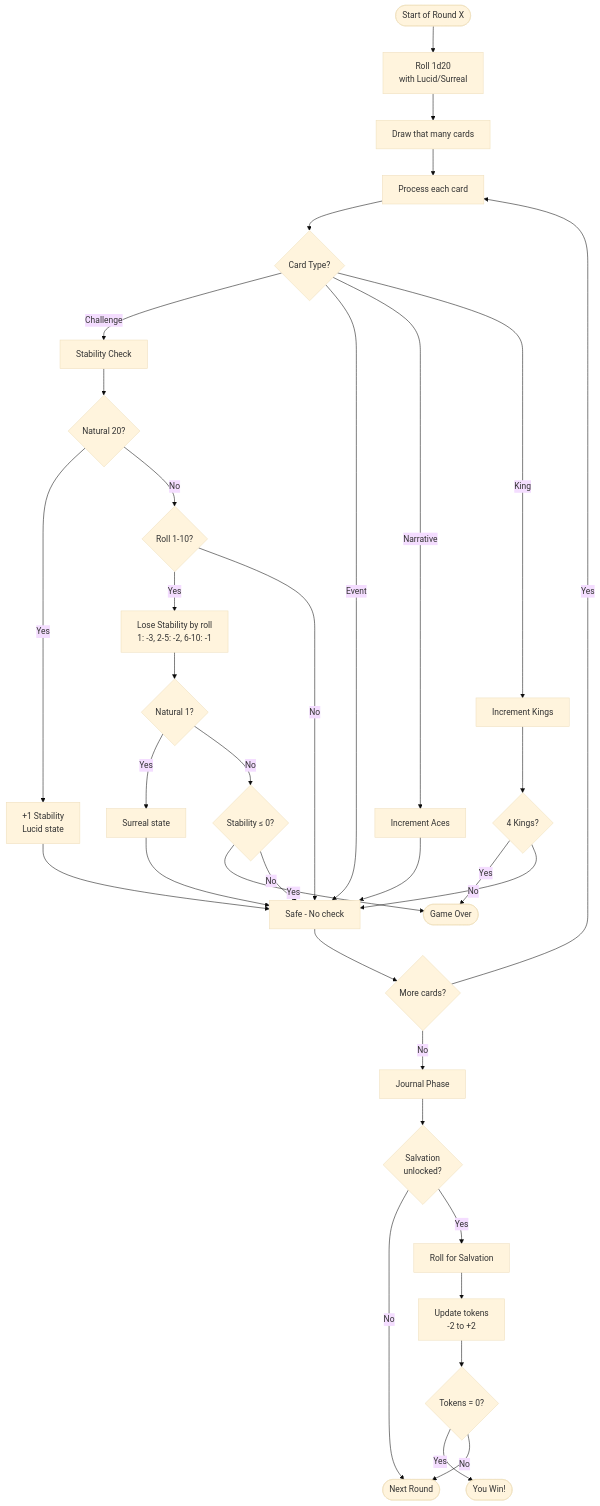
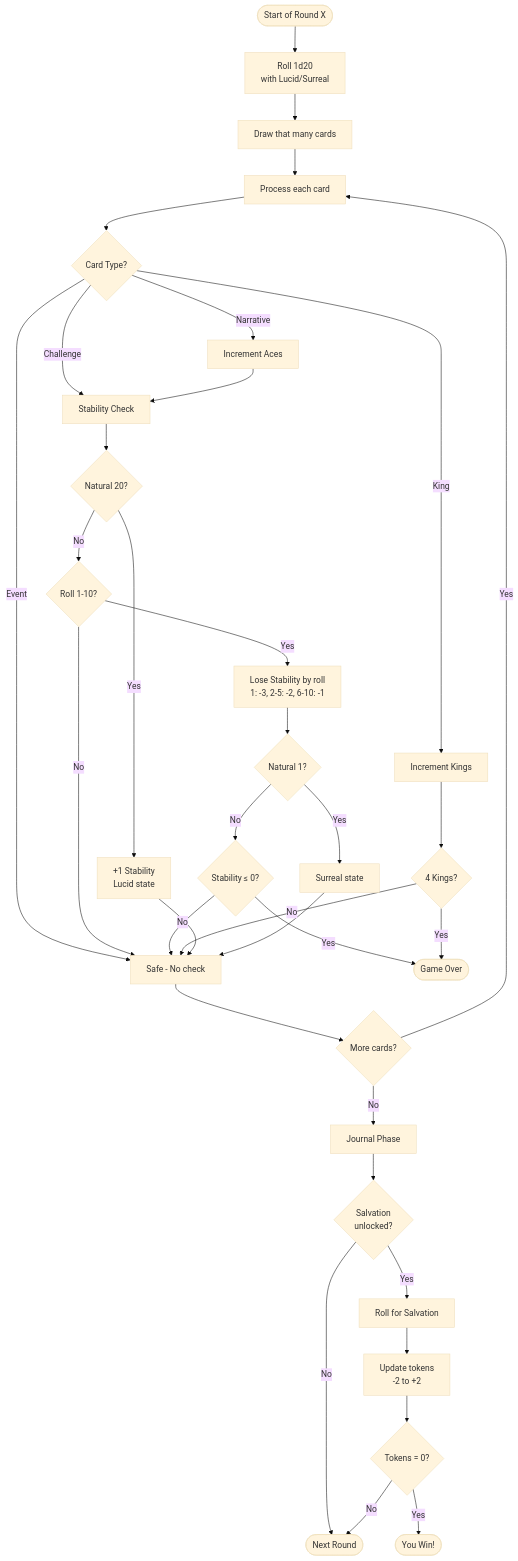
Before and after one commit to dimm-city/dc-solo-rpg: the diagram in docs/d20-mechanics-guide.md, drawn with Mermaid (base theme). The commit also changed other lines of this file and 5 other files, not shown here.

````diff
--- a/docs/d20-mechanics-guide.md
+++ b/docs/d20-mechanics-guide.md
@@ -404,54 +406,54 @@
 ```mermaid
 flowchart TB
     Start([Start of Round X]) --> Roll[Roll 1d20<br/>with Lucid/Surreal]
 
     Roll --> Draw[Draw that many cards]
     Draw --> Process[Process each card]
 
     Process --> CardType{Card Type?}
 
     CardType -->|Challenge| StabCheck[Stability Check]
     CardType -->|Event| Safe[Safe - No check]
     CardType -->|Narrative| Ace[Increment Aces]
     CardType -->|King| King[Increment Kings]
 
     StabCheck --> Nat20{Natural 20?}
     Nat20 -->|Yes| GainStab[+1 Stability<br/>Lucid state]
     Nat20 -->|No| CheckFail{Roll 1-10?}
 
     CheckFail -->|Yes| LoseStab[Lose Stability by roll<br/>1: -3, 2-5: -2, 6-10: -1]
     CheckFail -->|No| Safe
 
     LoseStab --> Nat1{Natural 1?}
     Nat1 -->|Yes| Surreal[Surreal state]
     Nat1 -->|No| CheckDead{Stability ≤ 0?}
 
     CheckDead -->|Yes| Lose[GAME OVER]
     CheckDead -->|No| Safe
 
     King --> Check4{4 Kings?}
     Check4 -->|Yes| Lose
     Check4 -->|No| Safe
 
-    Ace --> Safe
+    Ace --> StabCheck
     GainStab --> Safe
     Surreal --> Safe
     Safe --> More{More cards?}
 
     More -->|Yes| Process
     More -->|No| Journal[Journal Phase]
 
     Journal --> SalvationActive{Salvation<br/>unlocked?}
     SalvationActive -->|No| NextRound
     SalvationActive -->|Yes| SalvRoll[Roll for Salvation]
 
     SalvRoll --> UpdateTokens[Update tokens<br/>-2 to +2]
     UpdateTokens --> TokenCheck{Tokens = 0?}
 
     TokenCheck -->|Yes| Win[VICTORY!]
     TokenCheck -->|No| NextRound
 
     NextRound([Next Round])
     Win([You Win!])
     Lose([Game Over])
 ```
````
